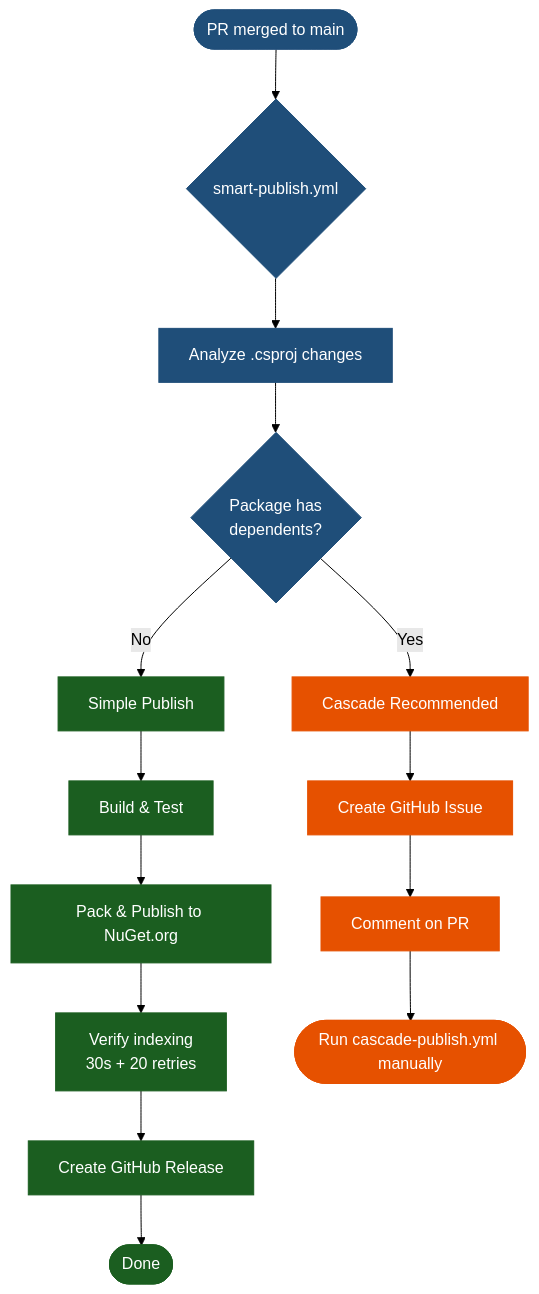
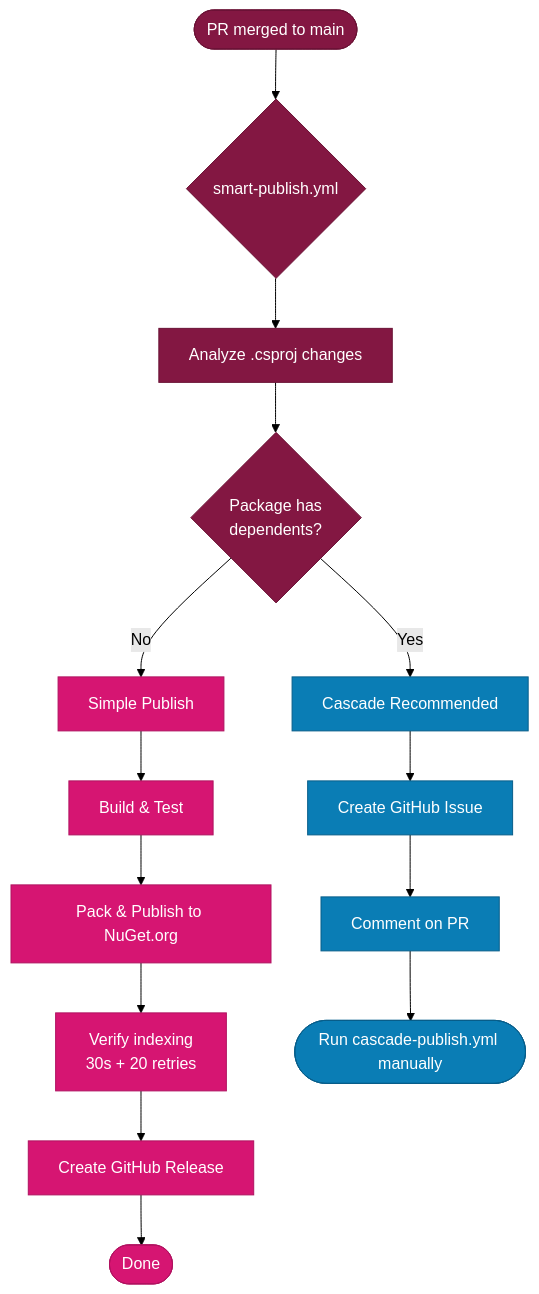
The diagram in docs/wiki/Smart-Publish-Guide.md (acontplus/acontplus-dotnet-libs), drawn with Mermaid (forest theme) before and after one commit. The commit also changed 14 other files, not shown here.

First line of the commit message:
docs(wiki): enhance architecture documentation and streamline CI/CD workflows (#170)

````diff
--- a/docs/wiki/Smart-Publish-Guide.md
+++ b/docs/wiki/Smart-Publish-Guide.md
@@ -45,26 +45,26 @@
 ```mermaid
 flowchart TD
   A([PR merged to main]) --> B{smart-publish.yml}
   B --> C[Analyze .csproj changes]
   C --> D{Package has<br/>dependents?}
 
   D -->|No| E[Simple Publish]
   E --> F[Build & Test]
   F --> G[Pack & Publish to NuGet.org]
   G --> H[Verify indexing<br/>30s + 20 retries]
   H --> I[Create GitHub Release]
   I --> J([Done])
 
   D -->|Yes| K[Cascade Recommended]
   K --> L[Create GitHub Issue]
   L --> M[Comment on PR]
   M --> N([Run cascade-publish.yml manually])
 
-  classDef green fill:#1b5e20,color:#fff,stroke:#1b5e20
-  classDef orange fill:#e65100,color:#fff,stroke:#e65100
-  classDef blue fill:#1f4e79,color:#fff,stroke:#1f4e79
+  classDef green fill:#d61572,color:#fff,stroke:#b01260
+  classDef orange fill:#0a7db5,color:#fff,stroke:#085e8a
+  classDef blue fill:#831742,color:#fff,stroke:#6a1235
 
   class E,F,G,H,I,J green
   class K,L,M,N orange
   class A,B,C,D blue
 ```
````
